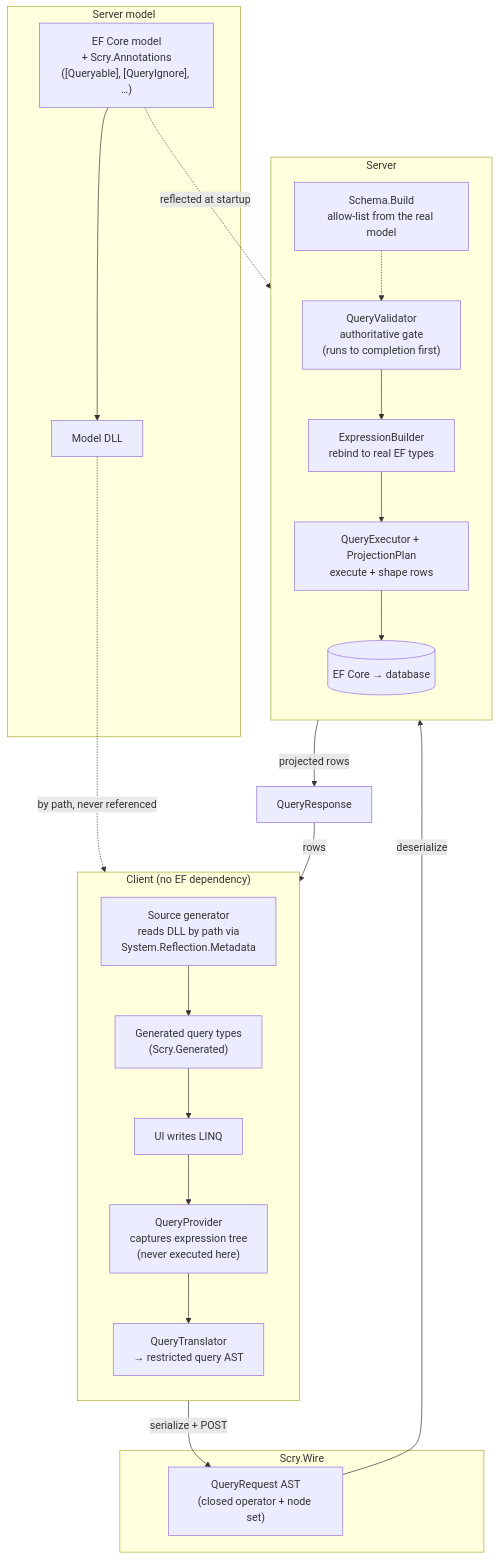
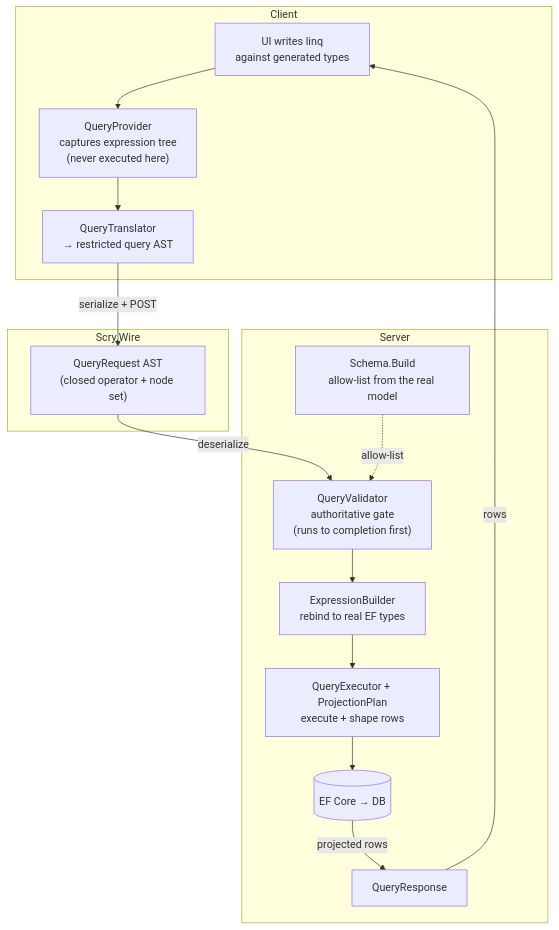
Before and after one commit to Papyrine/Scry: the second of 2 diagrams in readme.md, drawn with Mermaid. The commit also changed other lines of this file and 6 other files, not shown here.

````diff
--- a/readme.md
+++ b/readme.md
@@ -30,45 +59,29 @@
 ```mermaid
 flowchart TB
-    subgraph model["Server model"]
-        EF["EF Core model<br/>+ Scry.Annotations<br/>([Queryable], [QueryIgnore], …)"]
-        DLL["Model DLL"]
-        EF --> DLL
-    end
-
-    subgraph client["Client (no EF dependency)"]
-        direction TB
-        GEN["Source generator<br/>reads DLL by path via<br/>System.Reflection.Metadata"]
-        GENTYPES["Generated query types<br/>(Scry.Generated)"]
-        LINQ["UI writes LINQ"]
+    subgraph client["Client"]
+        LINQ["UI writes linq<br/>against generated types"]
         CAPTURE["QueryProvider<br/>captures expression tree<br/>(never executed here)"]
         TRANS["QueryTranslator<br/>→ restricted query AST"]
-        GEN --> GENTYPES
-        GENTYPES --> LINQ
-        LINQ --> CAPTURE
-        CAPTURE --> TRANS
+        LINQ --> CAPTURE --> TRANS
     end
 
     subgraph wire["Scry.Wire"]
         REQ["QueryRequest AST<br/>(closed operator + node set)"]
     end
 
     subgraph server["Server"]
-        direction TB
         SCHEMA["Schema.Build<br/>allow-list from the real model"]
         VALID["QueryValidator<br/>authoritative gate<br/>(runs to completion first)"]
         BUILD["ExpressionBuilder<br/>rebind to real EF types"]
         EXEC["QueryExecutor + ProjectionPlan<br/>execute + shape rows"]
-        DB[("EF Core → database")]
-        SCHEMA -.-> VALID
-        VALID --> BUILD
-        BUILD --> EXEC
-        EXEC --> DB
+        DB[("EF Core → DB")]
+        RESP["QueryResponse"]
+        SCHEMA -. "allow-list" .-> VALID
+        VALID --> BUILD --> EXEC --> DB
+        DB -- "projected rows" --> RESP
     end
 
-    DLL -. "by path, never referenced" .-> GEN
-    EF -. reflected at startup .-> SCHEMA
     TRANS -- "serialize + POST" --> REQ
-    REQ -- deserialize --> VALID
-    DB -- projected rows --> RESP["QueryResponse"]
-    RESP -- rows --> LINQ
+    REQ -- "deserialize" --> VALID
+    RESP -- "rows" --> LINQ
 ```
````
